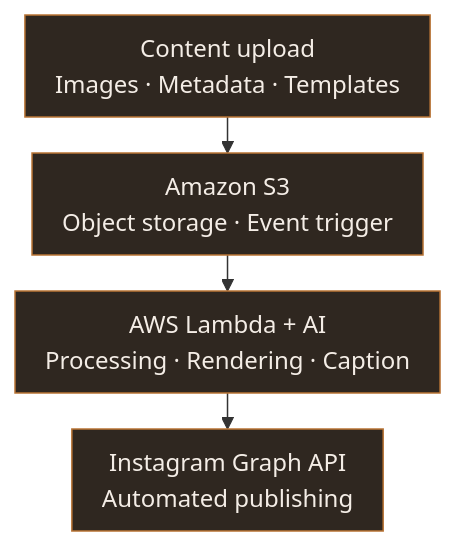
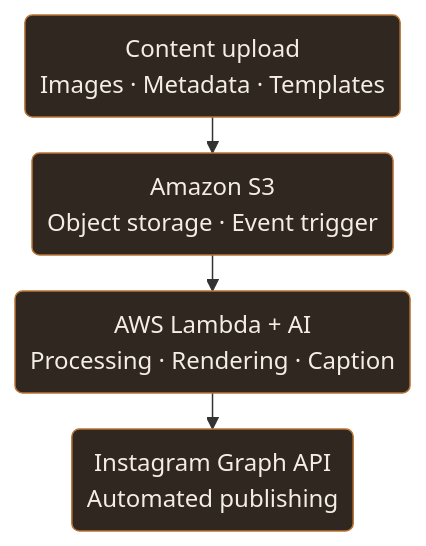
The diagram in README.md (LenaGonzalezBreton/LenaGonzalezBreton), drawn with Mermaid before and after one commit.

````diff
--- a/README.md
+++ b/README.md
@@ -46,21 +46,21 @@
 ```mermaid
 ---
 config:
   flowchart:
     wrappingWidth: 320
     rankSpacing: 24
     padding: 10
 ---
 flowchart TD
-    Upload["Content upload<br/>Images · Metadata · Templates"]
-    S3["Amazon S3<br/>Object storage · Event trigger"]
-    Lambda["AWS Lambda + AI<br/>Processing · Rendering · Caption"]
-    Instagram["Instagram Graph API<br/>Automated publishing"]
+    Upload("Content upload<br/>Images · Metadata · Templates")
+    S3("Amazon S3<br/>Object storage · Event trigger")
+    Lambda("AWS Lambda + AI<br/>Processing · Rendering · Caption")
+    Instagram("Instagram Graph API<br/>Automated publishing")
 
 
     Upload --> S3 --> Lambda --> Instagram
 
 
     classDef step fill:#2f2720,stroke:#b97435,color:#f4ede6
     class Upload,S3,Lambda,Instagram step
 ```
````
